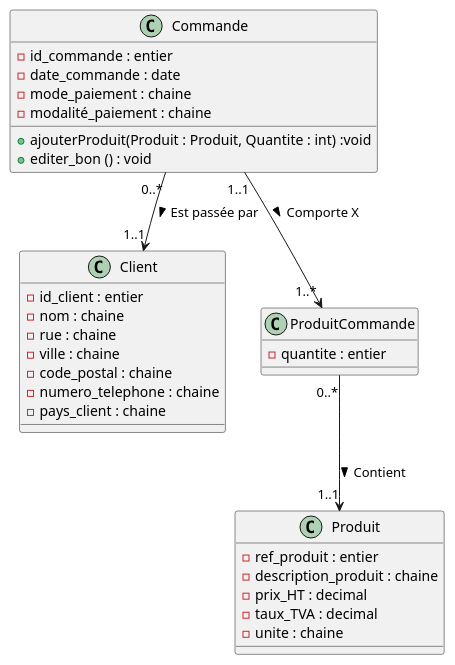
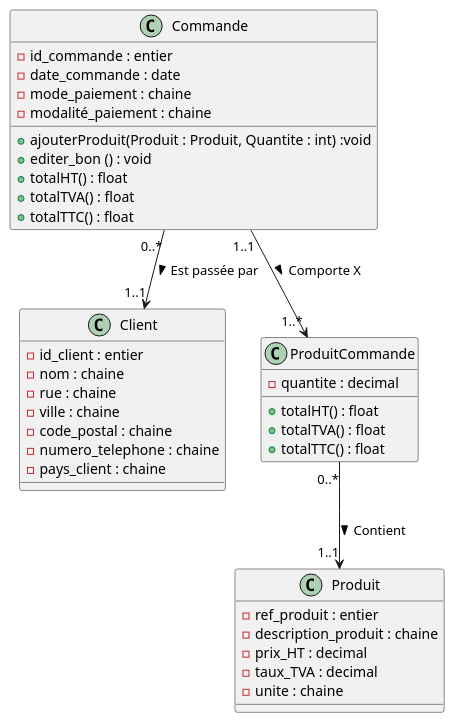
Before and after one commit to SNEAXIII/Exos_PHP: the diagram in php-projet/poo/bon de commande/model/diagram/diagram.puml, drawn with PlantUML. The commit also changed 4 other files, not shown here.

```diff
--- a/php-projet/poo/bon de commande/model/diagram/diagram.puml
+++ b/php-projet/poo/bon de commande/model/diagram/diagram.puml
@@ -1,38 +1,44 @@
 @startuml
 'https://plantuml.com/class-diagram
 
 class Client {
     -id_client : entier
     -nom : chaine
     -rue : chaine
     -ville : chaine
     -code_postal : chaine
     -numero_telephone : chaine
     -pays_client : chaine
 }
 
 class Produit{
      -ref_produit : entier
      -description_produit : chaine
      -prix_HT : decimal
      -taux_TVA : decimal
      -unite : chaine
  }
 
 class Commande {
     -id_commande : entier
     -date_commande : date
     -mode_paiement : chaine
     -modalité_paiement : chaine
     +ajouterProduit(Produit : Produit, Quantite : int) :void
     +editer_bon () : void
+    +totalHT() : float
+    +totalTVA() : float
+    +totalTTC() : float
 }
 
 class ProduitCommande{
--quantite : entier
+-quantite : decimal
++totalHT() : float
++totalTVA() : float
++totalTTC() : float
 }
 
 Commande "1..1" --> "1..*" ProduitCommande : Comporte X >
 Commande "0..*" --> "1..1" Client: Est passée par >
 ProduitCommande "0..*" --> "1..1" Produit : Contient >
 @enduml
```
